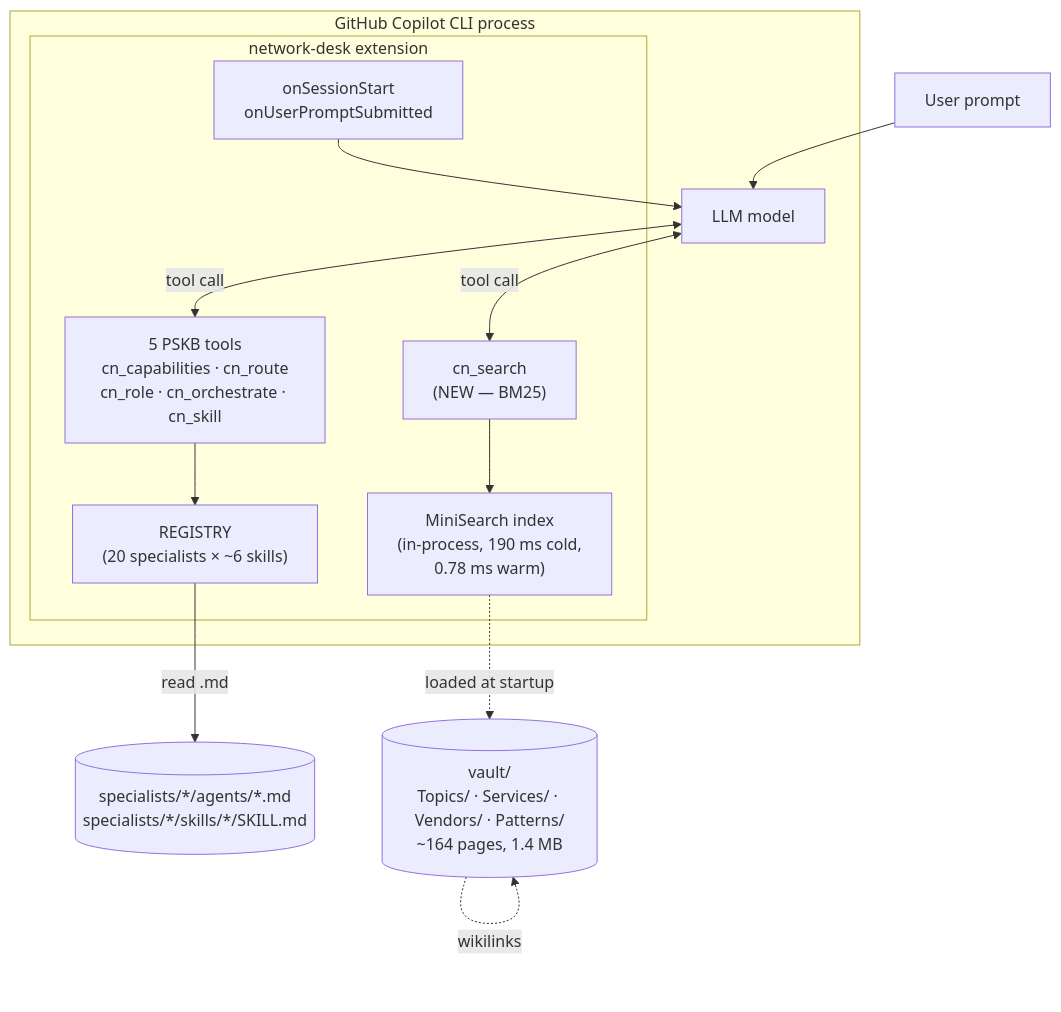
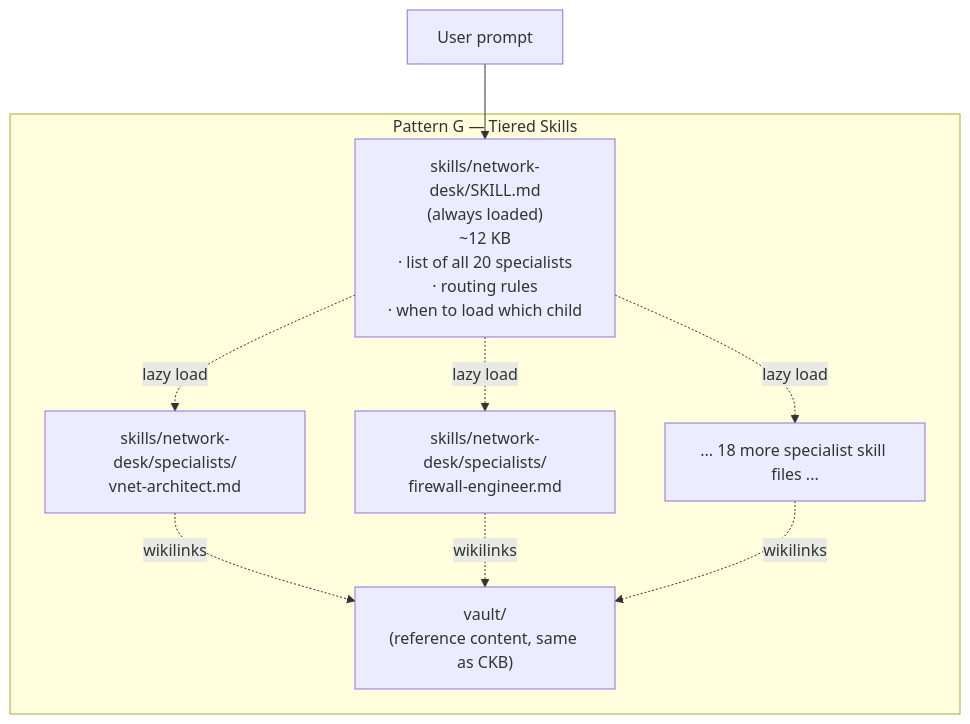
Before and after one commit to erjosito/network-desk: the third of 4 diagrams in ARCHITECTURE-EVALUATION.md, drawn with Mermaid. The commit also changed other lines of this file, not shown here.

First line of the commit message:
Restructure ARCHITECTURE-EVALUATION.md as objective pattern analysis

````diff
--- a/ARCHITECTURE-EVALUATION.md
+++ b/ARCHITECTURE-EVALUATION.md
@@ -427,23 +325,18 @@
 ```mermaid
 flowchart TB
-    User["User prompt"]
-    subgraph CLI["GitHub Copilot CLI process"]
-      LLM["LLM model"]
-      subgraph Ext["network-desk extension"]
-        Hooks["onSessionStart<br/>onUserPromptSubmitted"]
-        T5["5 PSKB tools<br/>cn_capabilities · cn_route<br/>cn_role · cn_orchestrate · cn_skill"]
-        T6["cn_search<br/>(NEW — BM25)"]
-        Registry["REGISTRY<br/>(20 specialists × ~6 skills)"]
-        Index["MiniSearch index<br/>(in-process, 190 ms cold,<br/>0.78 ms warm)"]
-      end
-      LLM <-->|tool call| T5
-      LLM <-->|tool call| T6
-      T5 --> Registry
-      T6 --> Index
+    subgraph G["Pattern G — Tiered Skills"]
+      Land["skills/network-desk/SKILL.md<br/>(always loaded)<br/>~12 KB<br/>· list of all 20 specialists<br/>· routing rules<br/>· when to load which child"]
+      C1["skills/network-desk/specialists/<br/>vnet-architect.md"]
+      C2["skills/network-desk/specialists/<br/>firewall-engineer.md"]
+      Cn["... 18 more specialist skill files ..."]
+      Vault2["vault/<br/>(reference content, same as CKB)"]
+      Land -. lazy load .-> C1
+      Land -. lazy load .-> C2
+      Land -. lazy load .-> Cn
+      C1 -.->|wikilinks| Vault2
+      C2 -.->|wikilinks| Vault2
+      Cn -.->|wikilinks| Vault2
     end
-    Registry -->|read .md| Specs[("specialists/*/agents/*.md<br/>specialists/*/skills/*/SKILL.md")]
-    Index -.->|loaded at startup| Vault[("vault/<br/>Topics/ · Services/ · Vendors/ · Patterns/<br/>~164 pages, 1.4 MB")]
-    Vault -.->|wikilinks| Vault
-    Hooks --> LLM
-    User --> LLM
+
+    User3["User prompt"] --> Land
 ```
````
